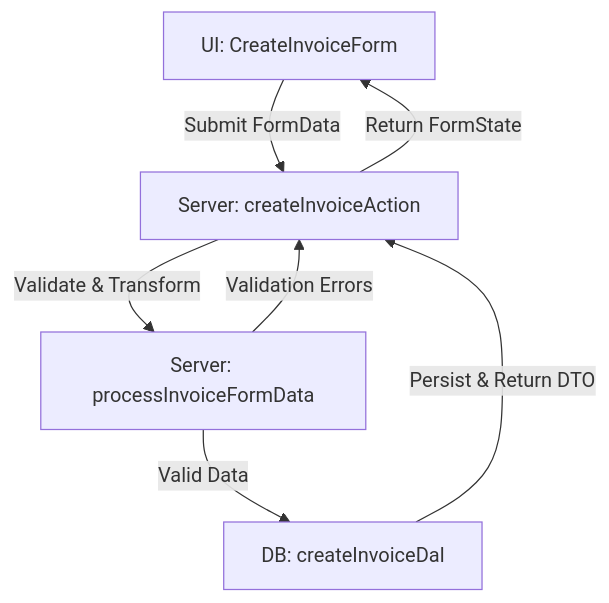
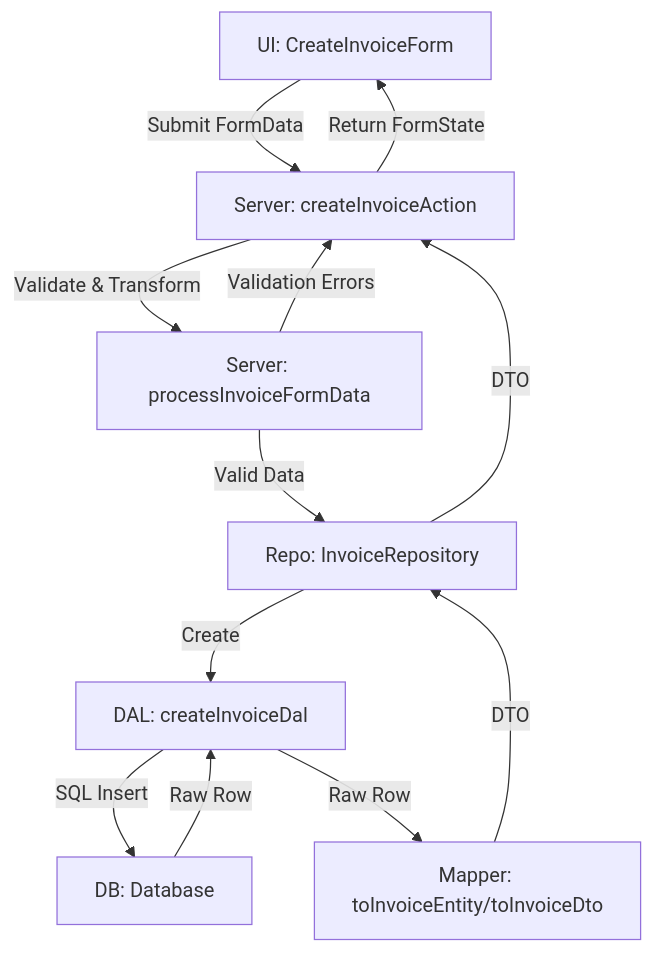
One commit to andrewpetersondev/nextjs-dashboard changed the second of 3 diagrams in src/features/invoices/README.md. Above: the diagram before and after it, drawn with Mermaid. The commit also changed other lines of this file and 6 other files, not shown here.

Commit message:
feat(invoice): docs to implement repository pattern and tower architecture

````diff
--- a/src/features/invoices/README.md
+++ b/src/features/invoices/README.md
@@ -102,9 +119,14 @@
 ```mermaid
 flowchart TD
     A[UI: CreateInvoiceForm] -->|Submit FormData| B[Server: createInvoiceAction]
     B -->|Validate & Transform| C[Server: processInvoiceFormData]
-    C -->|Valid Data| D[DB: createInvoiceDal]
-    D -->|Persist & Return DTO| B
+    C -->|Valid Data| D[Repo: InvoiceRepository]
+    D -->|Create| E[DAL: createInvoiceDal]
+    E -->|SQL Insert| F[DB: Database]
+    F -->|Raw Row| E
+    E -->|Raw Row| G[Mapper: toInvoiceEntity/toInvoiceDto]
+    G -->|DTO| D
+    D -->|DTO| B
     C -->|Validation Errors| B
     B -->|Return FormState| A
 ```
````
